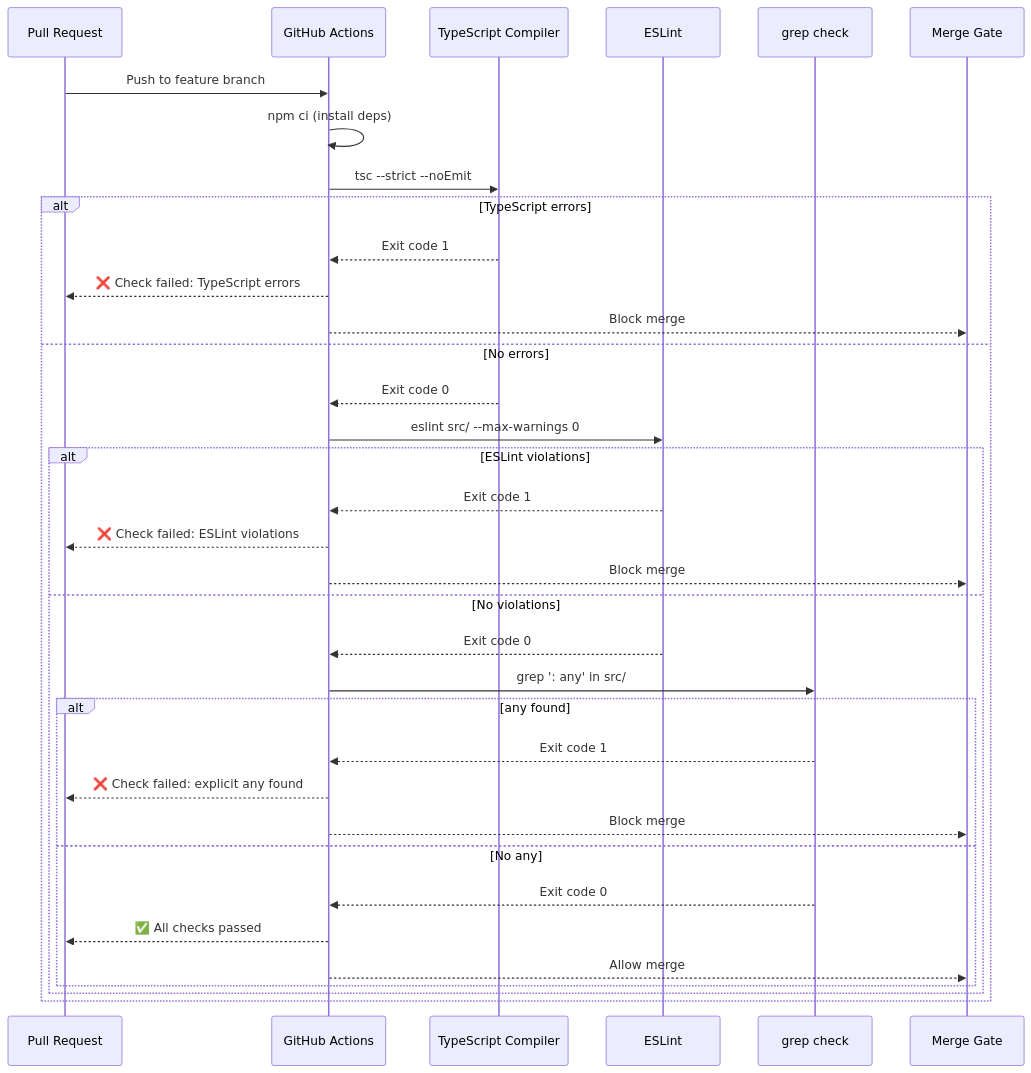
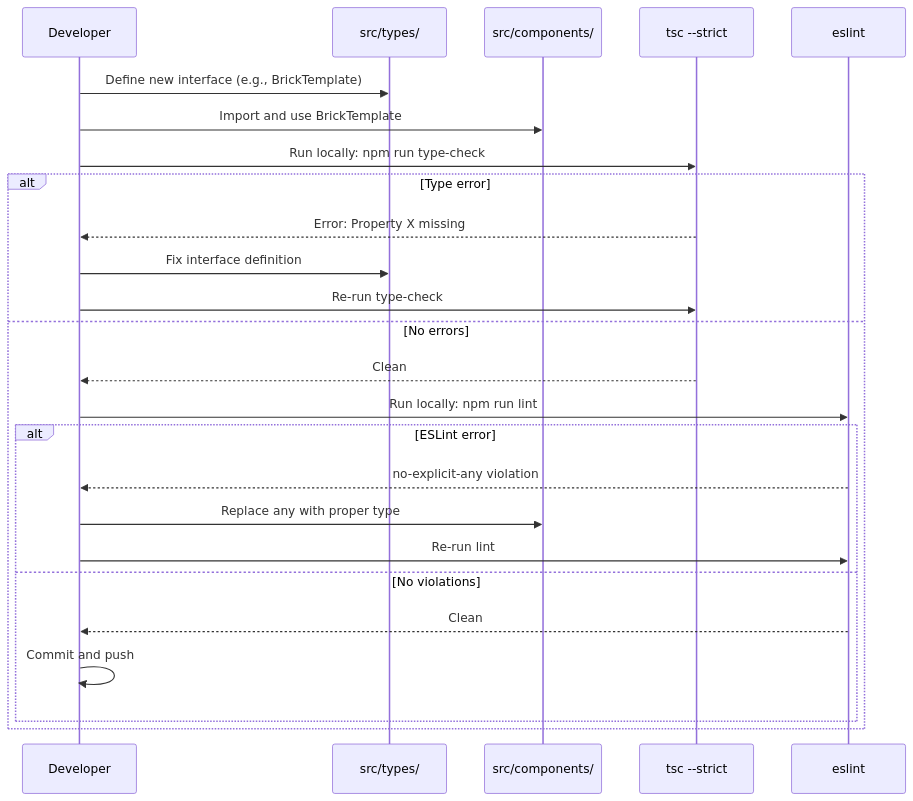
One commit to sreenivasmrpivot/legobuilder changed the third of 4 diagrams in docs/features/NFR-MAINT-002/LOW_LEVEL_DESIGN.md. Above: the diagram before and after it, drawn with Mermaid. The commit also changed other lines of this file, not shown here.

First line of the commit message:
docs: LLD for NFR-MAINT-002 — Enforce 100% TypeScript strict mode with zero any types in production code

````diff
--- a/docs/features/NFR-MAINT-002/LOW_LEVEL_DESIGN.md
+++ b/docs/features/NFR-MAINT-002/LOW_LEVEL_DESIGN.md
@@ -594,38 +452,28 @@
 ```mermaid
 sequenceDiagram
-    participant PR as Pull Request
-    participant GH as GitHub Actions
-    participant TSC as TypeScript Compiler
-    participant ESL as ESLint
-    participant GRP as grep check
-    participant MRG as Merge Gate
+    participant Dev as Developer
+    participant Types as src/types/
+    participant Comp as src/components/
+    participant TSC as tsc --strict
+    participant ESL as eslint
 
-    PR->>GH: Push to feature branch
-    GH->>GH: npm ci (install deps)
-    GH->>TSC: tsc --strict --noEmit
-    alt TypeScript errors
-        TSC-->>GH: Exit code 1
-        GH-->>PR: ❌ Check failed: TypeScript errors
-        GH-->>MRG: Block merge
+    Dev->>Types: Define new interface (e.g., BrickTemplate)
+    Dev->>Comp: Import and use BrickTemplate
+    Dev->>TSC: Run locally: npm run type-check
+    alt Type error
+        TSC-->>Dev: Error: Property X missing
+        Dev->>Types: Fix interface definition
+        Dev->>TSC: Re-run type-check
     else No errors
-        TSC-->>GH: Exit code 0
-        GH->>ESL: eslint src/ --max-warnings 0
-        alt ESLint violations
-            ESL-->>GH: Exit code 1
-            GH-->>PR: ❌ Check failed: ESLint violations
-            GH-->>MRG: Block merge
+        TSC-->>Dev: Clean
+        Dev->>ESL: Run locally: npm run lint
+        alt ESLint error
+            ESL-->>Dev: no-explicit-any violation
+            Dev->>Comp: Replace any with proper type
+            Dev->>ESL: Re-run lint
         else No violations
-            ESL-->>GH: Exit code 0
-            GH->>GRP: grep ': any' in src/
-            alt any found
-                GRP-->>GH: Exit code 1
-                GH-->>PR: ❌ Check failed: explicit any found
-                GH-->>MRG: Block merge
-            else No any
-                GRP-->>GH: Exit code 0
-                GH-->>PR: ✅ All checks passed
-                GH-->>MRG: Allow merge
-            end
+            ESL-->>Dev: Clean
+            Dev->>Dev: Commit and push
         end
     end
 ```
````
